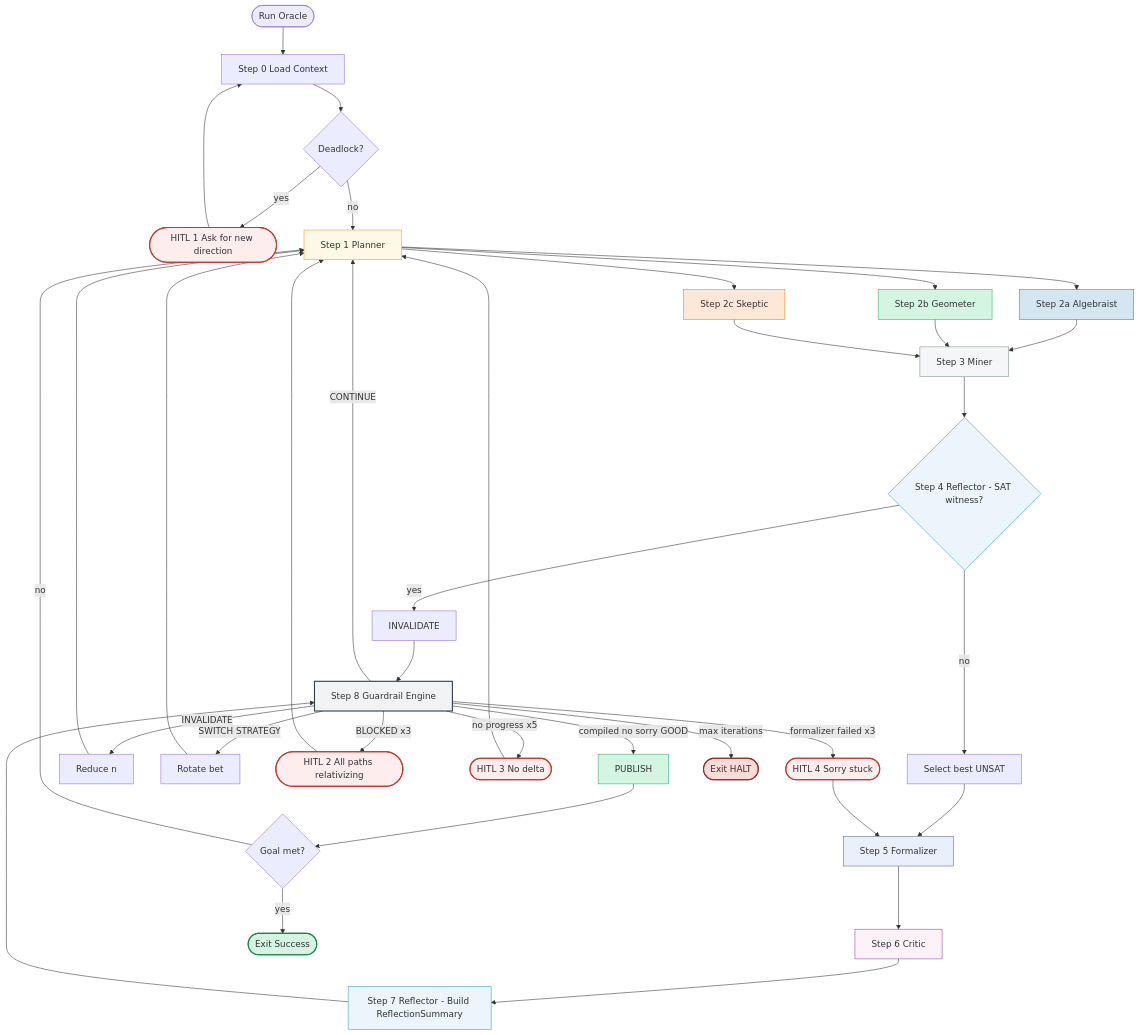
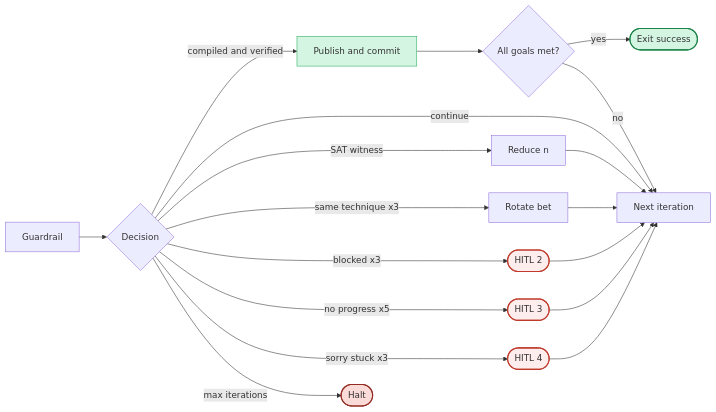
Before and after one commit to astrogirlnim/SATurday: the second of 2 diagrams in docs/oracle-flow.md, drawn with Mermaid. The commit also changed other lines of this file and 1 other file, not shown here.

Commit message:
Simplify flow diagrams: split into two small LR charts, drop all complex syntax
Made-with: Cursor

````diff
--- a/docs/oracle-flow.md
+++ b/docs/oracle-flow.md
@@ -6,70 +38,29 @@
 ```mermaid
-flowchart TD
-    START([Run Oracle]) --> CTX
-    CTX[Step 0 Load Context] --> DEADLOCK{Deadlock?}
-    DEADLOCK -- yes --> HITL1([HITL 1 Ask for new direction])
-    HITL1 --> CTX
-    DEADLOCK -- no --> PLAN
+flowchart LR
+    G[Guardrail] --> D1{Decision}
+    D1 -- compiled and verified --> PUBLISH[Publish and commit]
+    D1 -- continue --> LOOP[Next iteration]
+    D1 -- SAT witness --> REDUCE[Reduce n]
+    D1 -- same technique x3 --> ROTATE[Rotate bet]
+    D1 -- blocked x3 --> H2([HITL 2])
+    D1 -- no progress x5 --> H3([HITL 3])
+    D1 -- sorry stuck x3 --> H4([HITL 4])
+    D1 -- max iterations --> HALT([Halt])
 
-    PLAN[Step 1 Planner] --> ALG
-    PLAN --> GEO
-    PLAN --> SKP
+    PUBLISH --> GOAL{All goals met?}
+    GOAL -- yes --> DONE([Exit success])
+    GOAL -- no --> LOOP
 
-    ALG[Step 2a Algebraist]
-    GEO[Step 2b Geometer]
-    SKP[Step 2c Skeptic]
+    REDUCE --> LOOP
+    ROTATE --> LOOP
+    H2 --> LOOP
+    H3 --> LOOP
+    H4 --> LOOP
 
-    ALG --> MINE
-    GEO --> MINE
-    SKP --> MINE
-
-    MINE[Step 3 Miner] --> REF1
-    REF1{Step 4 Reflector - SAT witness?}
-    REF1 -- yes --> INVAL[INVALIDATE]
-    REF1 -- no --> SELECT[Select best UNSAT]
-    SELECT --> FORM
-
-    FORM[Step 5 Formalizer] --> CRIT
-    CRIT[Step 6 Critic] --> REF2
-    REF2[Step 7 Reflector - Build ReflectionSummary]
-
-    INVAL --> GUARD
-    REF2 --> GUARD
-
-    GUARD[Step 8 Guardrail Engine]
-
-    GUARD -- compiled no sorry GOOD --> PUBLISH[PUBLISH]
-    GUARD -- CONTINUE --> PLAN
-    GUARD -- INVALIDATE --> REDUCE[Reduce n] --> PLAN
-    GUARD -- SWITCH STRATEGY --> ROTATE[Rotate bet] --> PLAN
-    GUARD -- BLOCKED x3 --> HITL2([HITL 2 All paths relativizing])
-    GUARD -- no progress x5 --> HITL3([HITL 3 No delta])
-    GUARD -- formalizer failed x3 --> HITL4([HITL 4 Sorry stuck])
-    GUARD -- max iterations --> HALT([Exit HALT])
-
-    HITL2 --> PLAN
-    HITL3 --> PLAN
-    HITL4 --> FORM
-
-    PUBLISH --> GOAL{Goal met?}
-    GOAL -- yes --> DONE([Exit Success])
-    GOAL -- no --> PLAN
-
-    style ALG fill:#d4e6f1,stroke:#2980b9
-    style GEO fill:#d5f5e3,stroke:#27ae60
-    style SKP fill:#fde8d8,stroke:#e67e22
-    style MINE fill:#f4f6f7,stroke:#7f8c8d
-    style FORM fill:#eaf0fb,stroke:#5d6d7e
-    style CRIT fill:#fdf2f8,stroke:#8e44ad
-    style PLAN fill:#fef9e7,stroke:#f39c12
-    style GUARD fill:#f2f3f4,stroke:#2c3e50,stroke-width:2px
-    style REF1 fill:#ebf5fb,stroke:#3498db
-    style REF2 fill:#ebf5fb,stroke:#3498db
-    style HITL1 fill:#fdedec,stroke:#c0392b,stroke-width:2px
-    style HITL2 fill:#fdedec,stroke:#c0392b,stroke-width:2px
-    style HITL3 fill:#fdedec,stroke:#c0392b,stroke-width:2px
-    style HITL4 fill:#fdedec,stroke:#c0392b,stroke-width:2px
+    style H2 fill:#fdedec,stroke:#c0392b,stroke-width:2px
+    style H3 fill:#fdedec,stroke:#c0392b,stroke-width:2px
+    style H4 fill:#fdedec,stroke:#c0392b,stroke-width:2px
+    style PUBLISH fill:#d5f5e3,stroke:#27ae60
     style DONE fill:#d5f5e3,stroke:#1e8449,stroke-width:2px
     style HALT fill:#fadbd8,stroke:#922b21,stroke-width:2px
-    style PUBLISH fill:#d5f5e3,stroke:#27ae60
 ```
````
